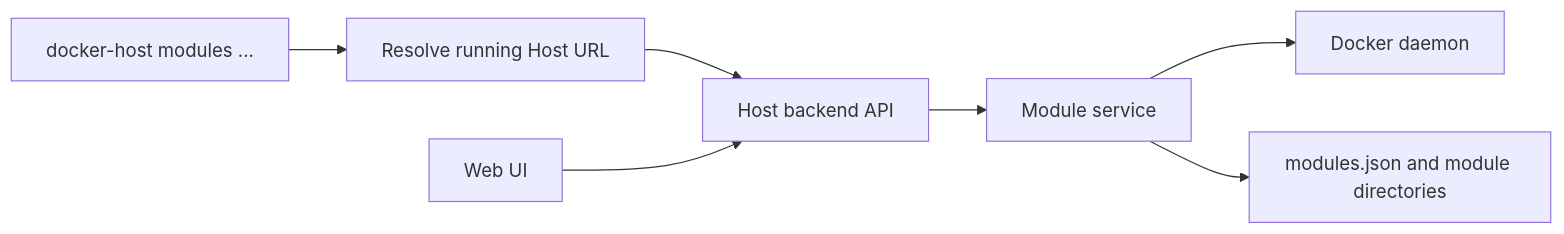
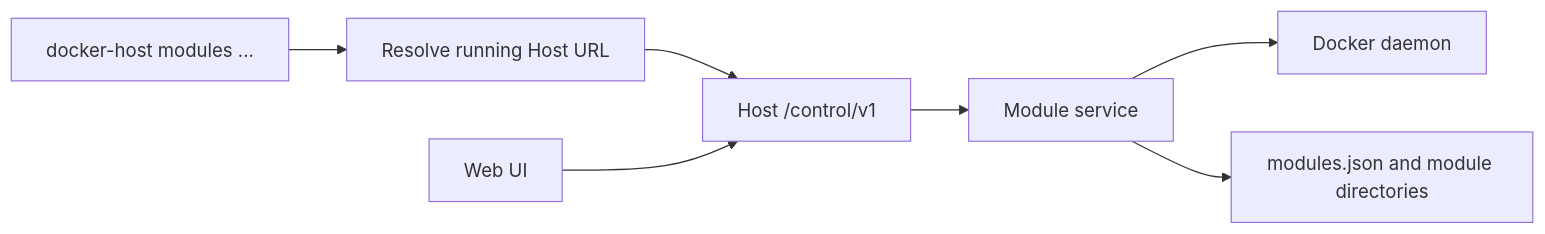
One commit to alex-de-haas/docker-host changed the first of 4 diagrams in docs/features/cli-module-commands.md. Above: the diagram before and after it, drawn with Mermaid. The commit also changed other lines of this file and 86 other files, not shown here.

````diff
--- a/docs/features/cli-module-commands.md
+++ b/docs/features/cli-module-commands.md
@@ -11,9 +11,9 @@
 ```mermaid
 flowchart LR
   A["docker-host modules ..."] --> B["Resolve running Host URL"]
-  B --> C["Host backend API"]
+  B --> C["Host /control/v1"]
   C --> D["Module service"]
   D --> E["Docker daemon"]
   D --> F["modules.json and module directories"]
   G["Web UI"] --> C
 ```
````
